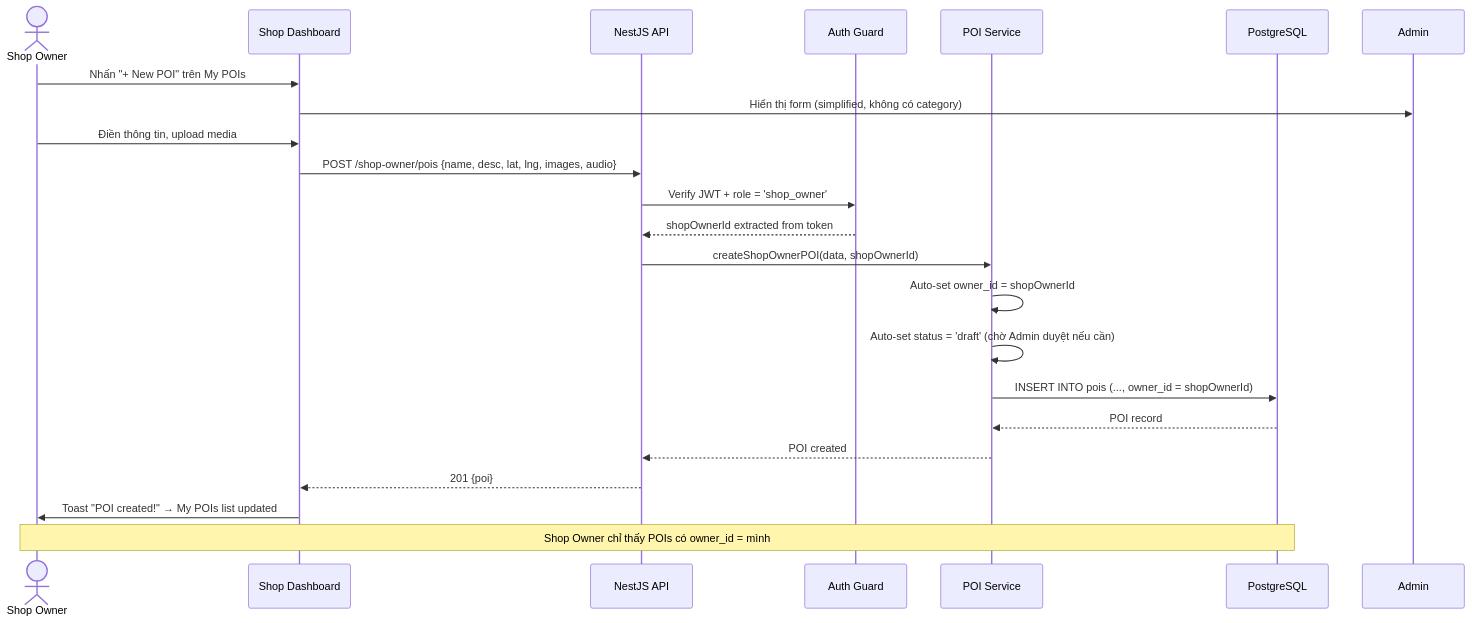
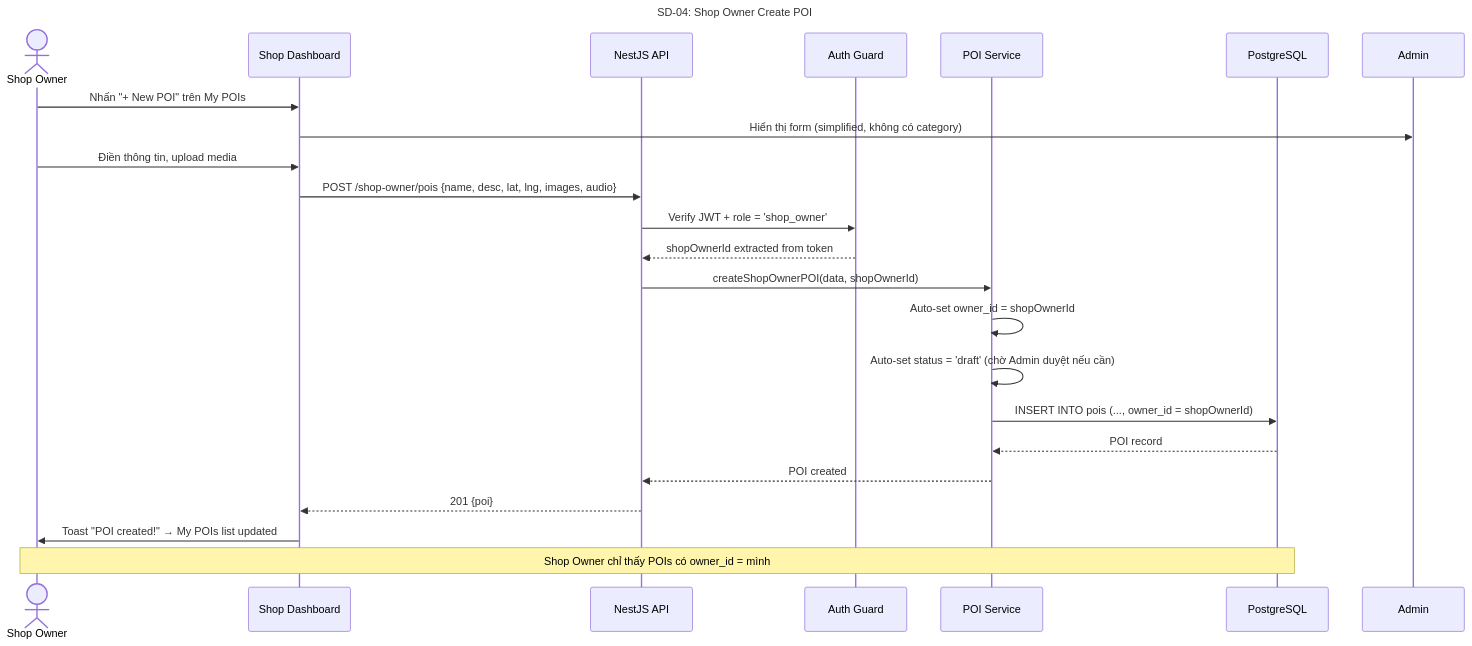
One commit to Ttuandatt/Seminar changed the fourth of 17 diagrams in docs/step3_prd/15_sequence_diagrams.md. Above: the diagram before and after it, drawn with Mermaid. The commit also changed other lines of this file, not shown here.

Commit message:
docs(sequence): add title labels to all 17 mermaid sequence diagrams for draw.io identification

````diff
--- a/docs/step3_prd/15_sequence_diagrams.md
+++ b/docs/step3_prd/15_sequence_diagrams.md
@@ -184,29 +187,30 @@
 ```mermaid
 sequenceDiagram
+    title SD-04: Shop Owner Create POI
     actor SO as Shop Owner
     participant UI as Shop Dashboard
     participant API as NestJS API
     participant Guard as Auth Guard
     participant POI as POI Service
     participant DB as PostgreSQL
 
     SO->>UI: Nhấn "+ New POI" trên My POIs
     UI->>Admin: Hiển thị form (simplified, không có category)
 
     SO->>UI: Điền thông tin, upload media
     UI->>API: POST /shop-owner/pois {name, desc, lat, lng, images, audio}
     
     API->>Guard: Verify JWT + role = 'shop_owner'
     Guard-->>API: shopOwnerId extracted from token
 
     API->>POI: createShopOwnerPOI(data, shopOwnerId)
     POI->>POI: Auto-set owner_id = shopOwnerId
     POI->>POI: Auto-set status = 'draft' (chờ Admin duyệt nếu cần)
     POI->>DB: INSERT INTO pois (..., owner_id = shopOwnerId)
     DB-->>POI: POI record
     POI-->>API: POI created
     API-->>UI: 201 {poi}
     UI->>SO: Toast "POI created!" → My POIs list updated
 
     Note over SO, DB: Shop Owner chỉ thấy POIs có owner_id = mình
 ```
````
